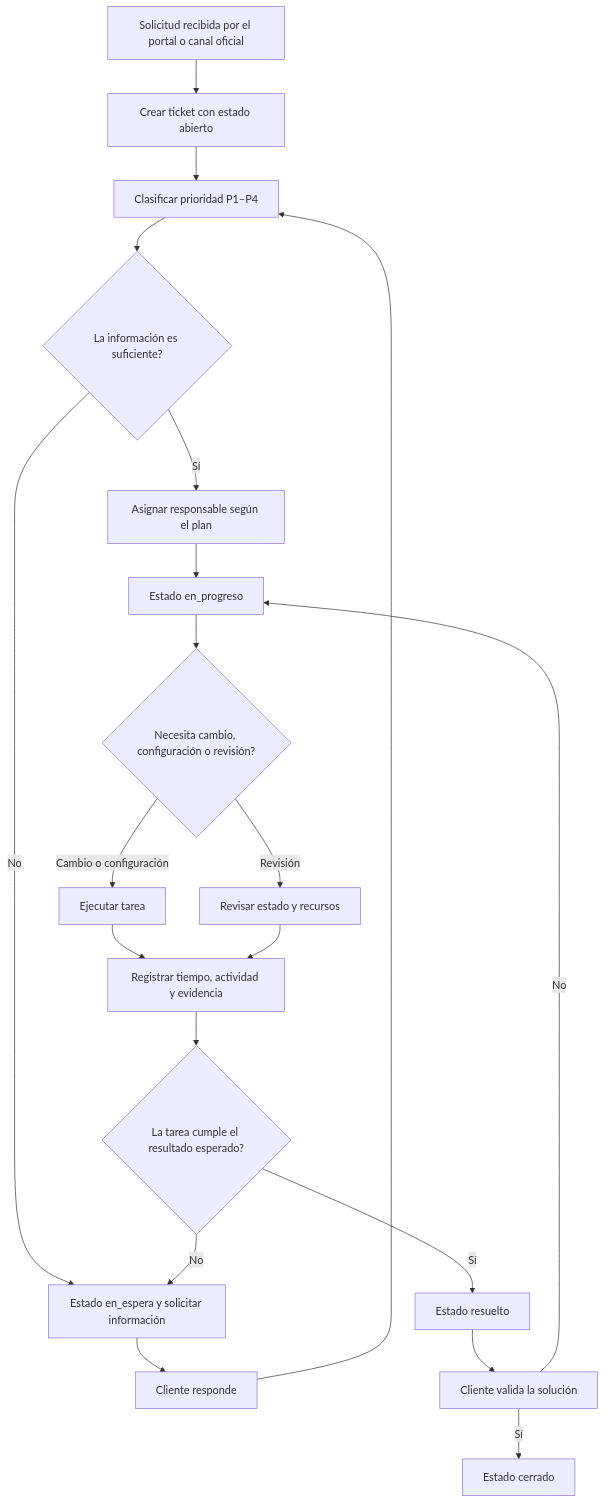
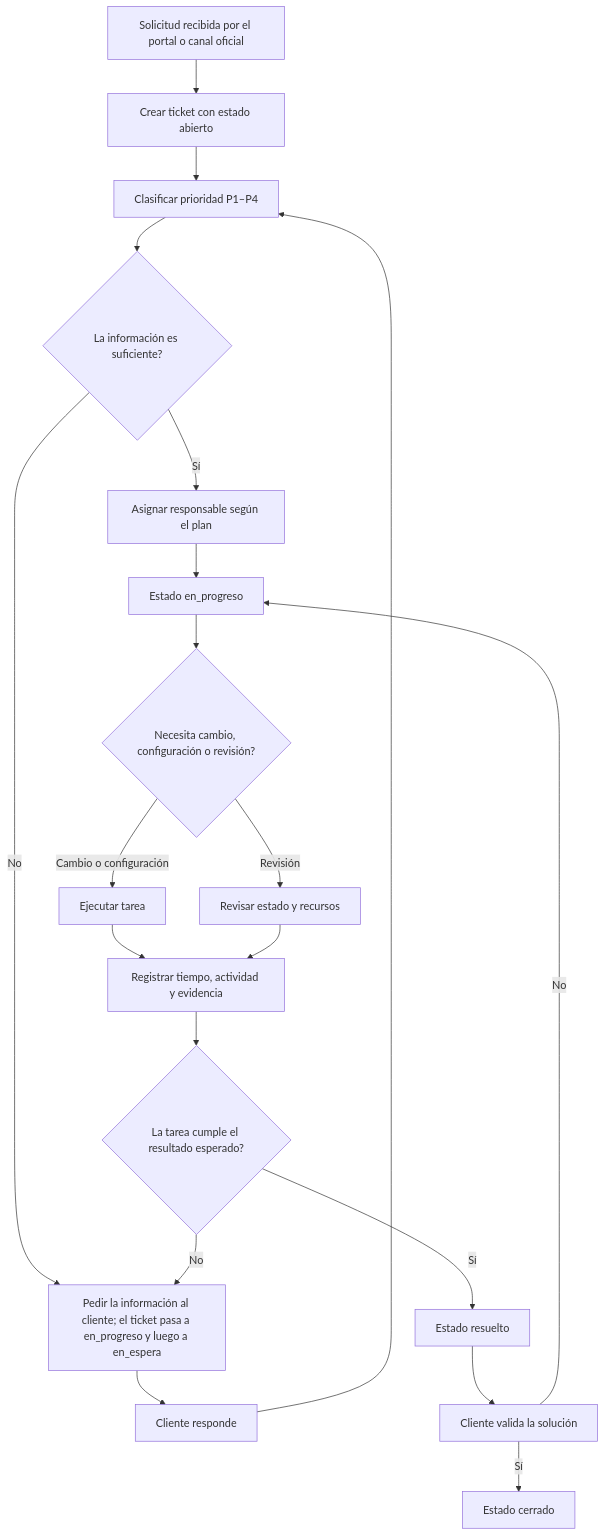
Before and after one commit to ngcddev/CloudOps: the third of 5 diagrams in docs/proceso.md, drawn with Mermaid. The commit also changed other lines of this file and 40 other files, not shown here.

````diff
--- a/docs/proceso.md
+++ b/docs/proceso.md
@@ -204,22 +204,22 @@
 ```mermaid
 flowchart TD
     A[Solicitud recibida por el portal o canal oficial] --> B[Crear ticket con estado abierto]
     B --> C[Clasificar prioridad P1–P4]
     C --> D{La información es suficiente?}
-    D -->|No| E[Estado en_espera y solicitar información]
+    D -->|No| E[Pedir la información al cliente; el ticket pasa a en_progreso y luego a en_espera]
     E --> F[Cliente responde]
     F --> C
     D -->|Sí| G[Asignar responsable según el plan]
     G --> H[Estado en_progreso]
     H --> I{Necesita cambio, configuración o revisión?}
     I -->|Cambio o configuración| J[Ejecutar tarea]
     I -->|Revisión| K[Revisar estado y recursos]
     J --> L[Registrar tiempo, actividad y evidencia]
     K --> L
     L --> M{La tarea cumple el resultado esperado?}
     M -->|No| E
     M -->|Sí| N[Estado resuelto]
     N --> O[Cliente valida la solución]
     O -->|Sí| P[Estado cerrado]
     O -->|No| H
 ```
````
